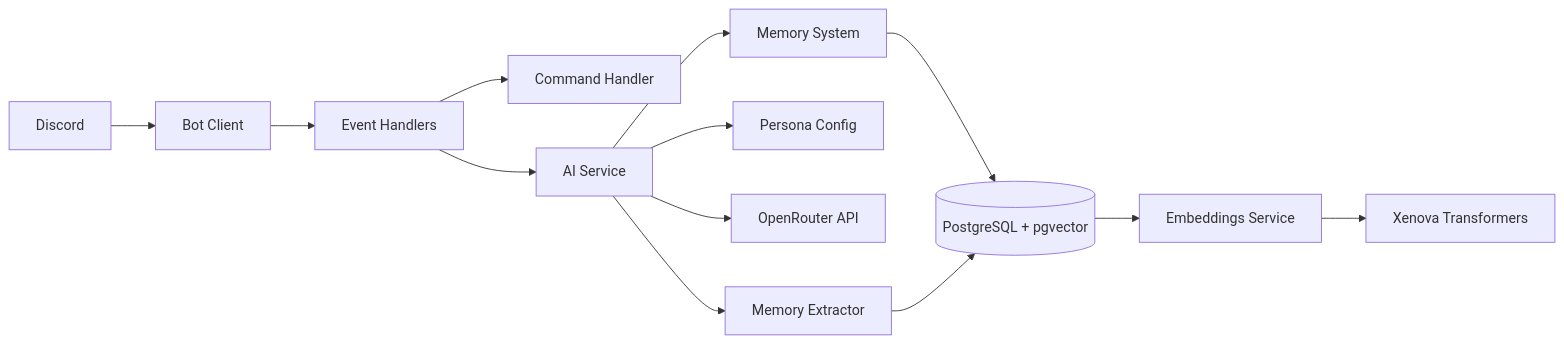
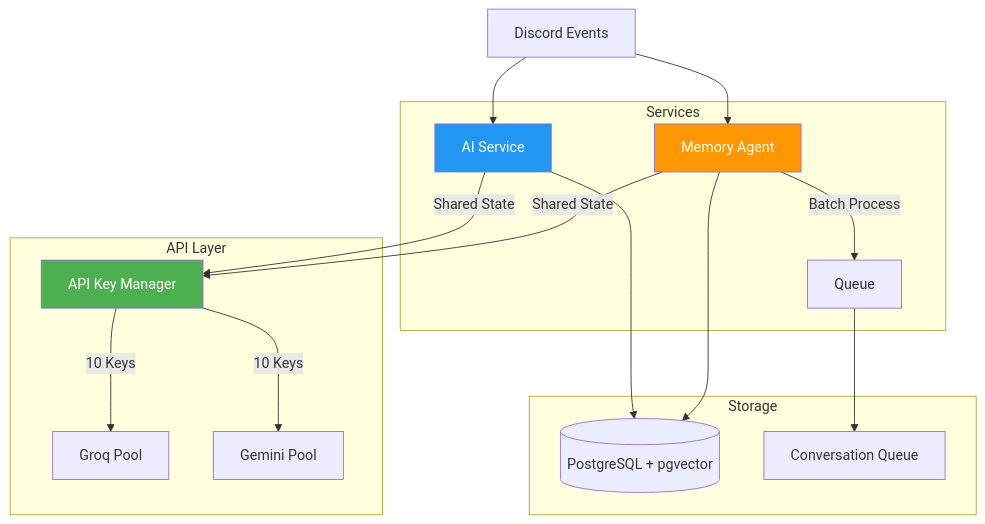
Before and after one commit to ahmedtouzani/Raymond: the fourth of 5 diagrams in README.md, drawn with Mermaid. The commit also changed other lines of this file and 7 other files, not shown here.

````diff
--- a/README.md
+++ b/README.md
@@ -95,19 +168,30 @@
 ```mermaid
-graph LR
-    A[Discord] --> B[Bot Client]
-    B --> C[Event Handlers]
-    C --> D[Command Handler]
-    C --> E[AI Service]
+graph TB
+    subgraph "API Layer"
+        A[API Key Manager]
+        A -->|10 Keys| B[Groq Pool]
+        A -->|10 Keys| C[Gemini Pool]
+    end
     
-    E --> F[Memory System]
-    E --> G[Persona Config]
-    E --> H[OpenRouter API]
+    subgraph "Services"
+        D[AI Service] -->|Shared State| A
+        E[Memory Agent] -->|Shared State| A
+        E -->|Batch Process| F[Queue]
+    end
     
-    F --> I[(PostgreSQL + pgvector)]
+    subgraph "Storage"
+        G[(PostgreSQL + pgvector)]
+        H[Conversation Queue]
+    end
     
-    E --> J[Memory Extractor]
-    J --> I
+    D --> G
+    E --> G
+    F --> H
     
-    I --> K[Embeddings Service]
-    K --> L[Xenova Transformers]
+    I[Discord Events] --> D
+    I --> E
+    
+    style A fill:#4CAF50,color:#fff
+    style D fill:#2196F3,color:#fff
+    style E fill:#FF9800,color:#fff
 ```
````
